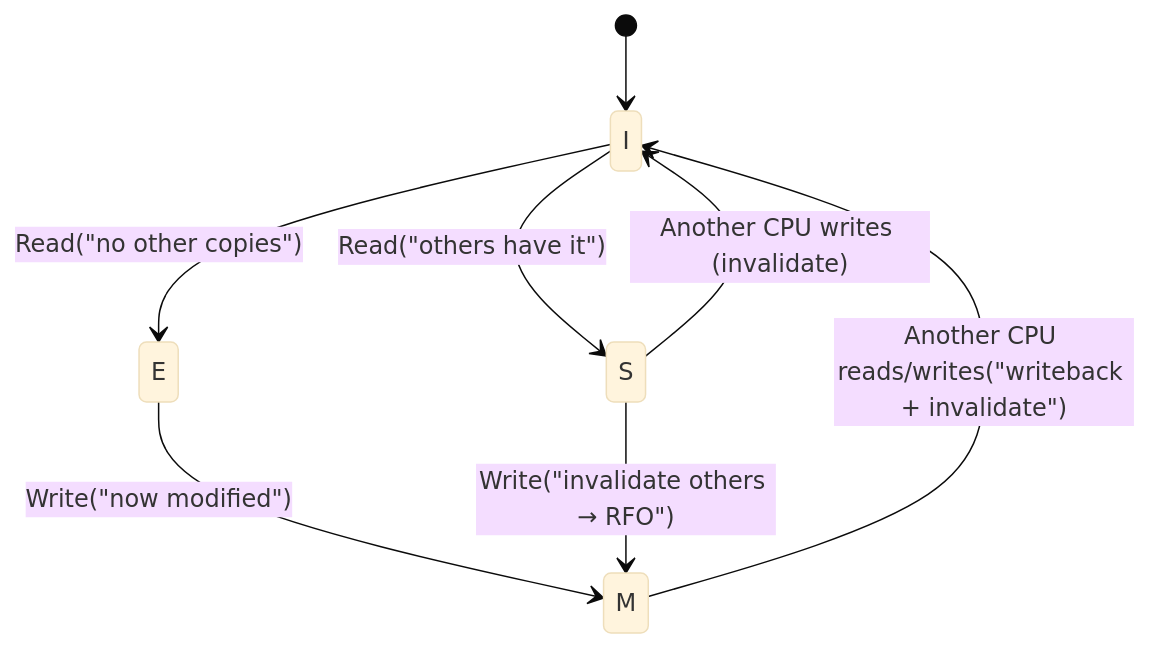
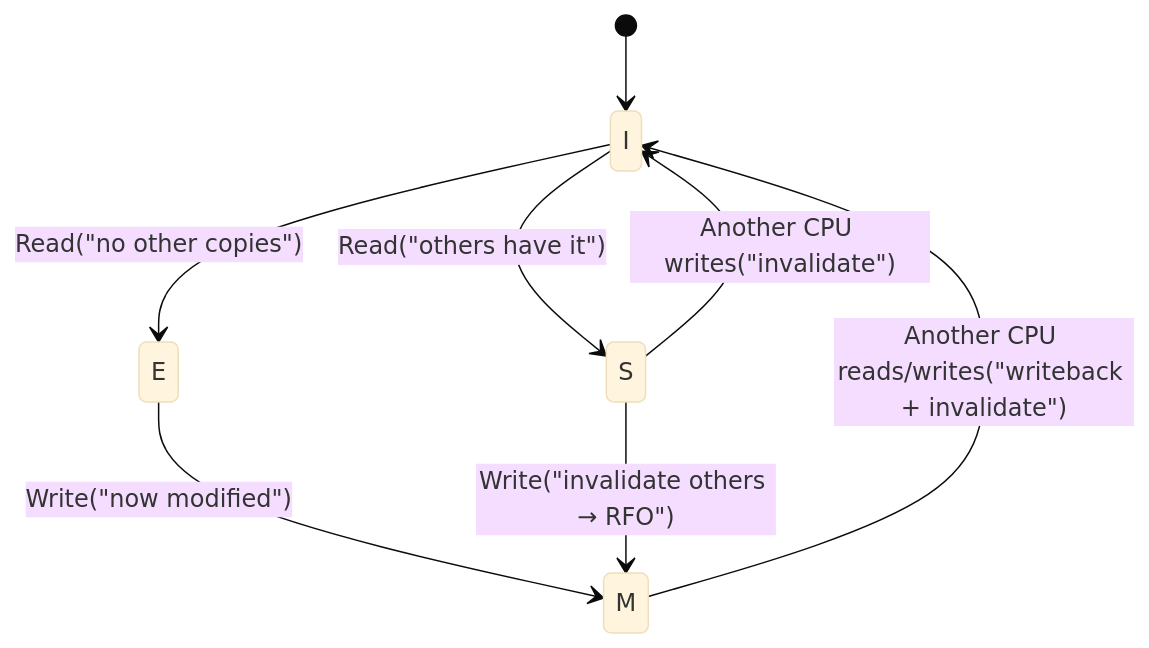
The first of 2 diagrams in content/questions/fundamentals/cache-coherence-mesi.md (pploc/swe-icon-the-moment), drawn with Mermaid (base theme) before and after one commit. The commit also changed other lines of this file and 138 other files, not shown here.

````diff
--- a/content/questions/fundamentals/cache-coherence-mesi.md
+++ b/content/questions/fundamentals/cache-coherence-mesi.md
@@ -27,11 +27,13 @@
 ```mermaid
 stateDiagram-v2
     [*] --> I
     I --> E: Read("no other copies")
     I --> S: Read("others have it")
     E --> M: Write("now modified")
     S --> M: Write("invalidate others → RFO")
     M --> I: Another CPU reads/writes("writeback + invalidate")
-    S --> I: Another CPU writes (invalidate)
+    S --> I: Another CPU writes("invalidate")
+
+
 
 ```
````
